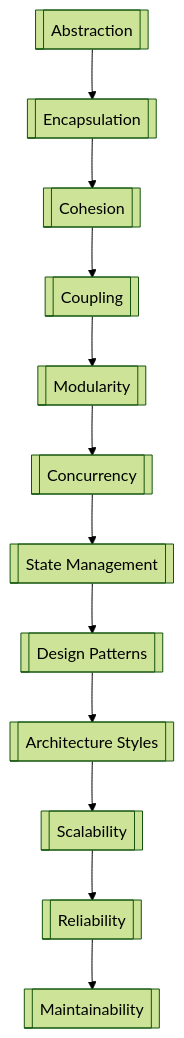
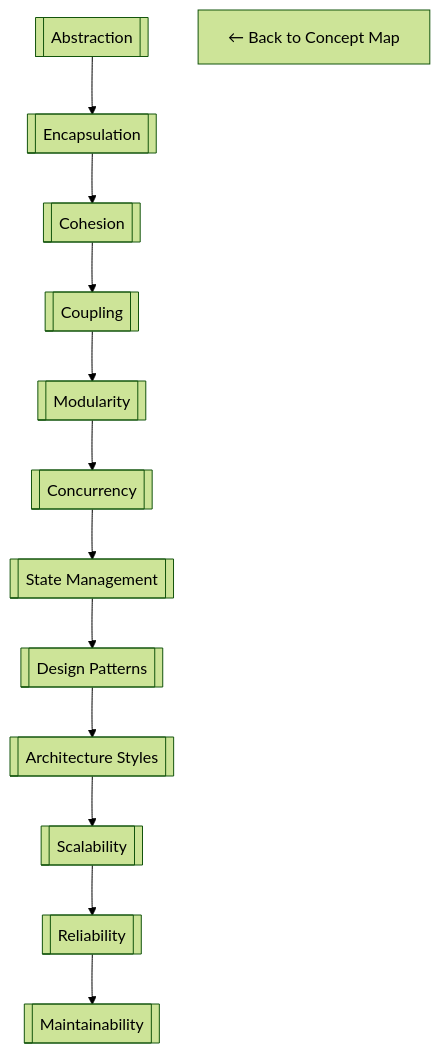
Before and after one commit to detnsw-sydtech/Software-Engineering-Examinable-Terms-for-the-NSW-HSC: the diagram in maps/principles-map.md, drawn with Mermaid (forest theme).

````diff
--- a/maps/principles-map.md
+++ b/maps/principles-map.md
@@ -3,29 +3,32 @@
 ```mermaid
 graph TD
 
 A1[[Abstraction]] --> A2
 A2[[Encapsulation]] --> A3
 A3[[Cohesion]] --> A4
 A4[[Coupling]] --> A5
 A5[[Modularity]] --> A6
 A6[[Concurrency]] --> A7
 A7[[State Management]] --> A8
 A8[[Design Patterns]] --> A9
 A9[[Architecture Styles]] --> A10
 A10[[Scalability]] --> A11
 A11[[Reliability]] --> A12
 A12[[Maintainability]]
 
 click A1 "../terms/principles/abstraction.md"
 click A2 "../terms/principles/encapsulation.md"
 click A3 "../terms/principles/cohesion.md"
 click A4 "../terms/principles/coupling.md"
 click A5 "../terms/principles/modularity.md"
 click A6 "../terms/principles/concurrency.md"
 click A7 "../terms/principles/state-management.md"
 click A8 "../terms/principles/design-patterns.md"
 click A9 "../terms/principles/architecture-styles.md"
 click A10 "../terms/principles/scalability.md"
 click A11 "../terms/principles/reliability.md"
 click A12 "../terms/principles/maintainability.md"
+
+R[← Back to Concept Map]
+click R "../concept-map.md"
 ```
````
